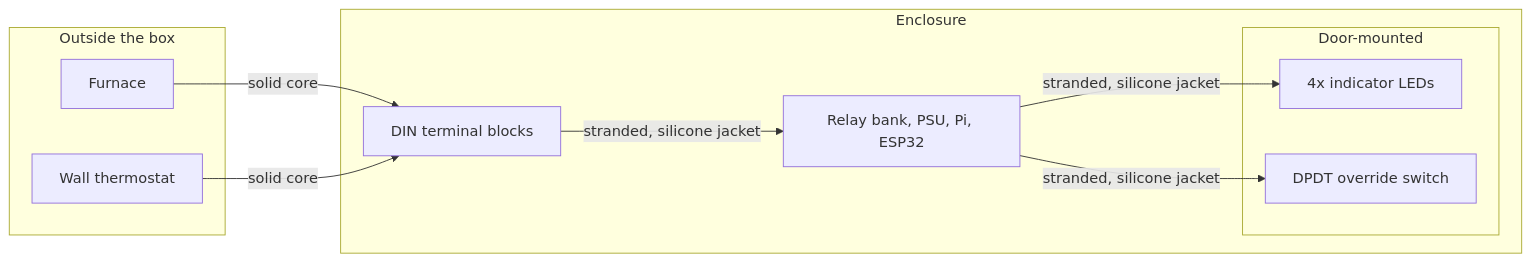
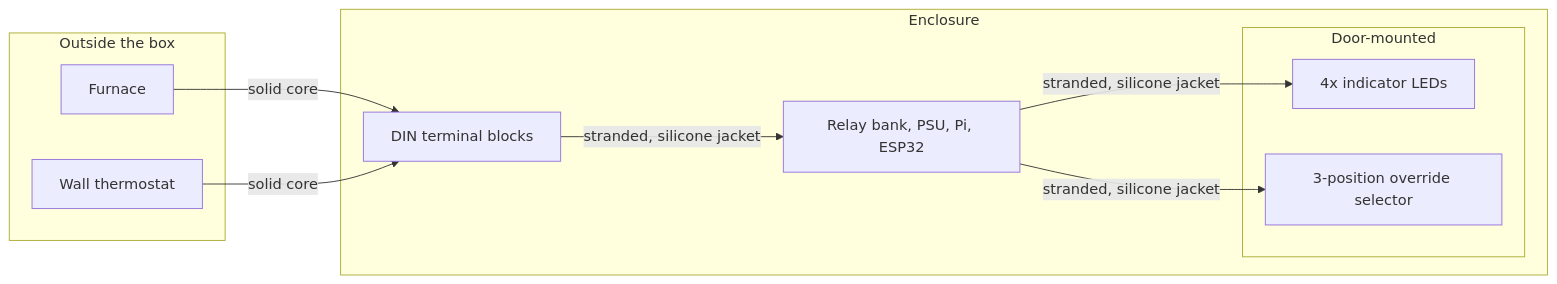
Before and after one commit to michaelfdeberry/Kelvin: the fifth of 6 diagrams in docs/Kelvin Project Diagram.md, drawn with Mermaid. The commit also changed other lines of this file, not shown here.

````diff
--- a/docs/Kelvin Project Diagram.md
+++ b/docs/Kelvin Project Diagram.md
@@ -164,21 +188,21 @@
 ```mermaid
 flowchart LR
     subgraph OUT["Outside the box"]
         FURN2["Furnace"]
         WT2["Wall thermostat"]
     end
     subgraph BOX["Enclosure"]
         TB["DIN terminal blocks"]
         INT["Relay bank, PSU, Pi, ESP32"]
         subgraph DOOR["Door-mounted"]
             LEDS["4x indicator LEDs"]
-            SW["DPDT override switch"]
+            SW["3-position override selector"]
         end
     end
 
     FURN2 -- "solid core" --> TB
     WT2 -- "solid core" --> TB
     TB -- "stranded, silicone jacket" --> INT
     INT -- "stranded, silicone jacket" --> LEDS
     INT -- "stranded, silicone jacket" --> SW
 ```
````
